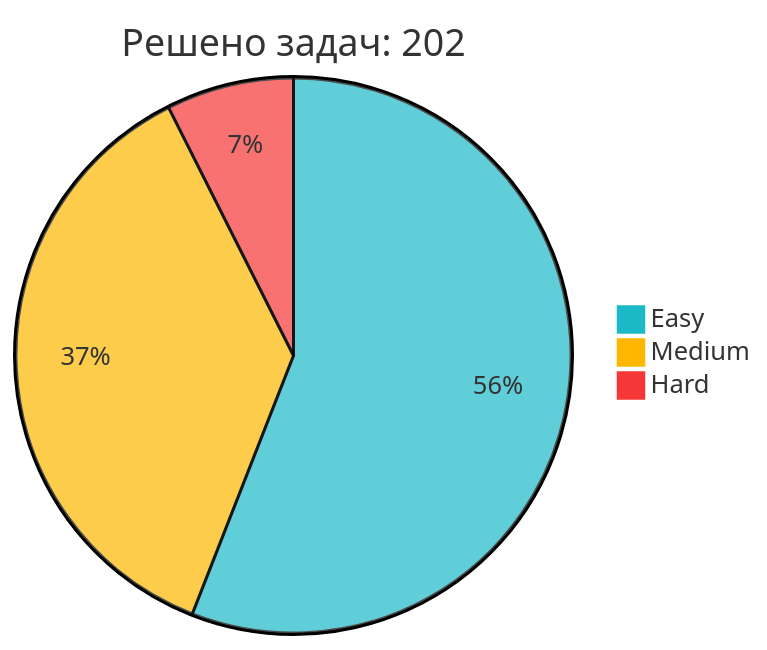
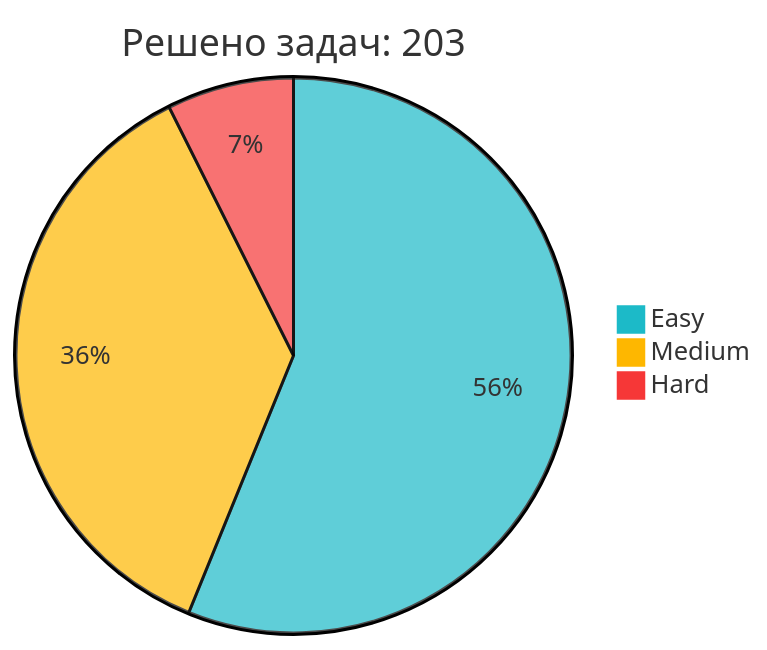
The diagram in README.md (IliaKurdukov/IliaKurdukov), drawn with Mermaid before and after one commit. The commit also changed other lines of this file, not shown here.

Commit message:
📈 Обновление статистики LeetCode

````diff
--- a/README.md
+++ b/README.md
@@ -51,7 +51,7 @@
 ```mermaid
 %%{init: {'theme': 'base', 'themeVariables': { 'pie1': '#1CBAC8', 'pie2': '#FEB700', 'pie3': '#F63737' }, 'config': {'width': 300, 'height': 200}}}%%
-pie title Решено задач: 202
-   "Easy" : 113
+pie title Решено задач: 203
+   "Easy" : 114
    "Medium" : 74
    "Hard" : 15
 ```
````
